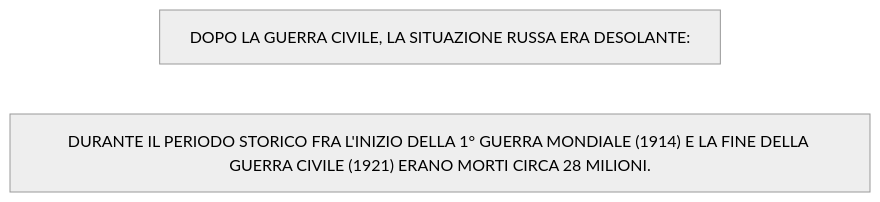
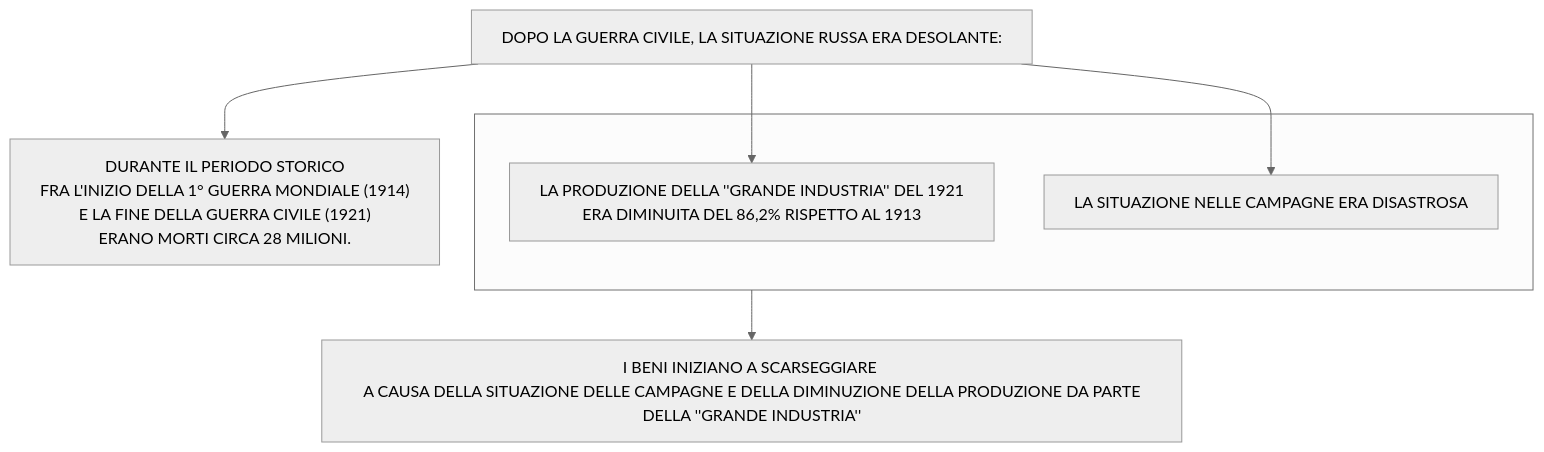
The tenth of 10 diagrams in stalinismoRiscrittura.md (Laaouatni/ricerca-storia-MermaidJS), drawn with Mermaid (neutral theme) before and after one commit.

````diff
--- a/stalinismoRiscrittura.md
+++ b/stalinismoRiscrittura.md
@@ -176,6 +176,13 @@
 ```mermaid
 %%{init: { "flowchart": { "wrappingWidth": 800 } }}%%
-flowchart LR
+flowchart TB
   0[DOPO LA GUERRA CIVILE, LA SITUAZIONE RUSSA ERA DESOLANTE:]
-  1["DURANTE IL PERIODO STORICO FRA L'INIZIO DELLA 1° GUERRA MONDIALE (1914) E LA FINE DELLA GUERRA CIVILE (1921) ERANO MORTI CIRCA 28 MILIONI."]
+  1["DURANTE IL PERIODO STORICO <br> FRA L'INIZIO DELLA 1° GUERRA MONDIALE (1914) <br>E LA FINE DELLA GUERRA CIVILE (1921) <br> ERANO MORTI CIRCA 28 MILIONI."]
+  subgraph 4[" "]
+    2[LA PRODUZIONE DELLA ''GRANDE INDUSTRIA'' DEL 1921 <br>ERA DIMINUITA DEL 86,2% RISPETTO AL 1913]
+    3[LA SITUAZIONE NELLE CAMPAGNE ERA DISASTROSA]
+  end
+  5[I BENI INIZIANO A SCARSEGGIARE <BR> A CAUSA DELLA SITUAZIONE DELLE CAMPAGNE E DELLA DIMINUZIONE DELLA PRODUZIONE DA PARTE DELLA ''GRANDE INDUSTRIA'']
+  0 --> 1 & 2 & 3
+  4 --> 5
 ```
````
